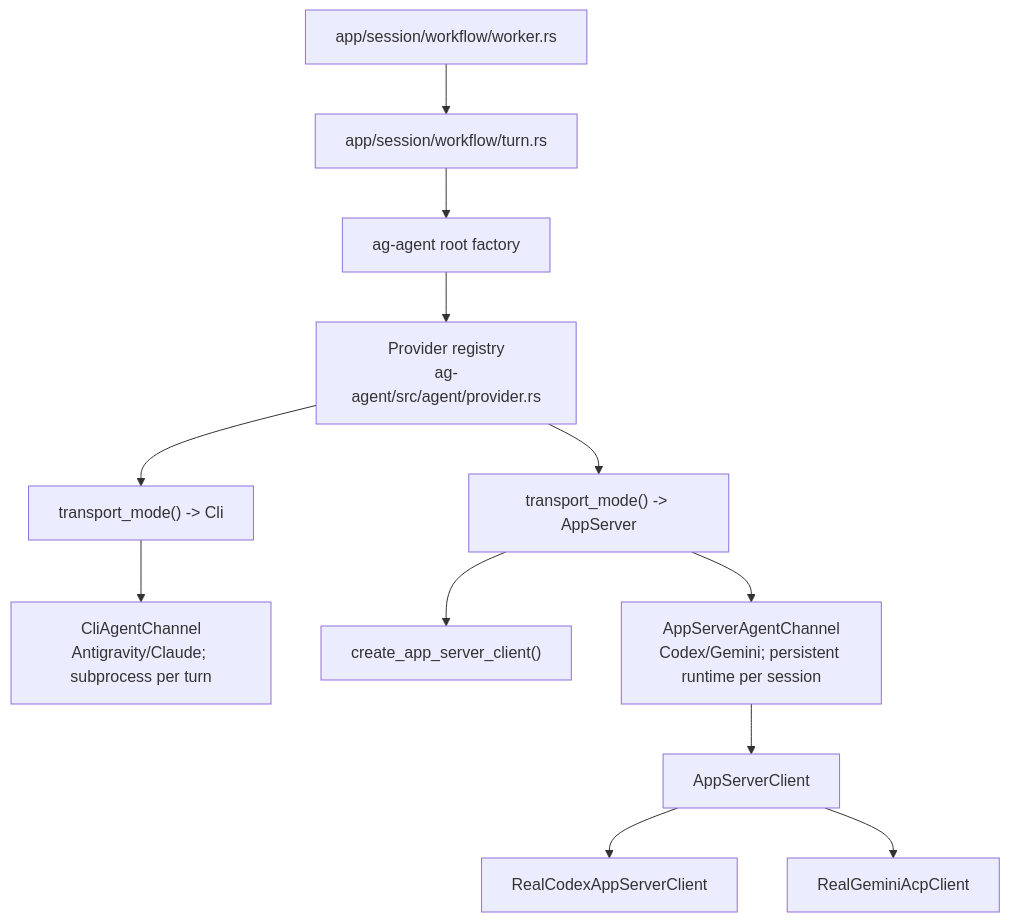
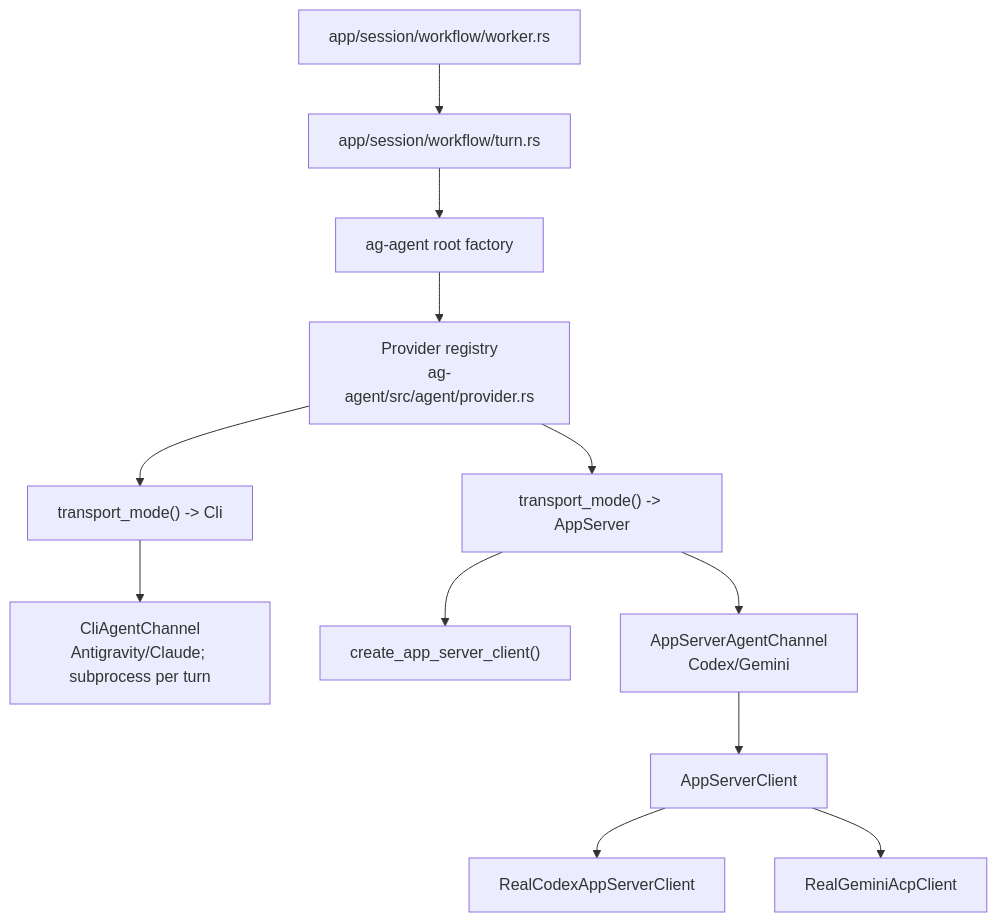
One commit to agentty-xyz/agentty changed the second of 2 diagrams in docs/site/content/docs/architecture/runtime-flow.md. Above: the diagram before and after it, drawn with Mermaid. The commit also changed other lines of this file and 9 other files, not shown here.

First line of the commit message:
Manage app-server lifetimes and process groups

````diff
--- a/docs/site/content/docs/architecture/runtime-flow.md
+++ b/docs/site/content/docs/architecture/runtime-flow.md
@@ -226,27 +226,27 @@
 ```mermaid
 flowchart TD
   worker["app/session/workflow/worker.rs"]
   turn["app/session/workflow/turn.rs"]
   factory["ag-agent root factory"]
   provider["Provider registry<br/>ag-agent/src/agent/provider.rs"]
   cli_mode["transport_mode() -> Cli"]
   cli_channel["CliAgentChannel<br/>Antigravity/Claude; subprocess per turn"]
   app_server_mode["transport_mode() -> AppServer"]
   app_server_client["create_app_server_client()"]
-  app_server_channel["AppServerAgentChannel<br/>Codex/Gemini; persistent runtime per session"]
+  app_server_channel["AppServerAgentChannel<br/>Codex/Gemini"]
   client_trait["AppServerClient"]
   codex_client["RealCodexAppServerClient"]
   gemini_client["RealGeminiAcpClient"]
 
   worker --> turn
   turn --> factory
   factory --> provider
   provider --> cli_mode
   cli_mode --> cli_channel
   provider --> app_server_mode
   app_server_mode --> app_server_client
   app_server_mode --> app_server_channel
   app_server_channel --> client_trait
   client_trait --> codex_client
   client_trait --> gemini_client
 ```
````
